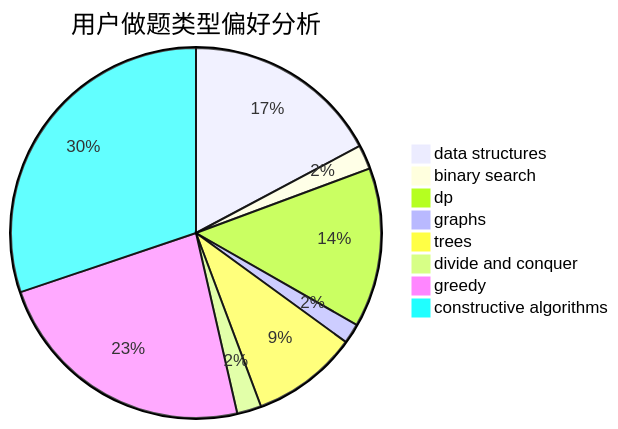
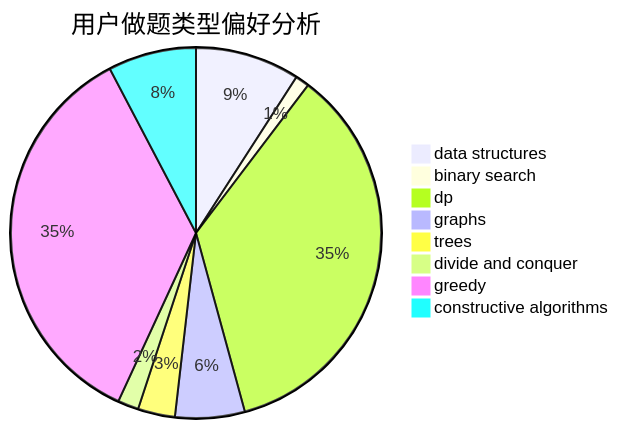
The second of 3 diagrams in docs/user/u2423.md (sherpahu/cfrs.github.io), drawn with Mermaid before and after one commit. The commit also changed other lines of this file and 2770 other files, not shown here.

````diff
--- a/docs/user/u2423.md
+++ b/docs/user/u2423.md
@@ -23,11 +23,11 @@
 ```mermaid
 pie title 用户做题类型偏好分析
-    "data structures" :  89
-    "binary search" :  11
-    "dp" :  72
-    "graphs" :  9
-    "trees" :  48
-    "divide and conquer" :  11
-    "greedy" :  121
-    "constructive algorithms" :  156
+    "data structures" :  45
+    "binary search" :  6
+    "dp" :  175
+    "graphs" :  30
+    "trees" :  16
+    "divide and conquer" :  9
+    "greedy" :  175
+    "constructive algorithms" :  38
 ```
````
